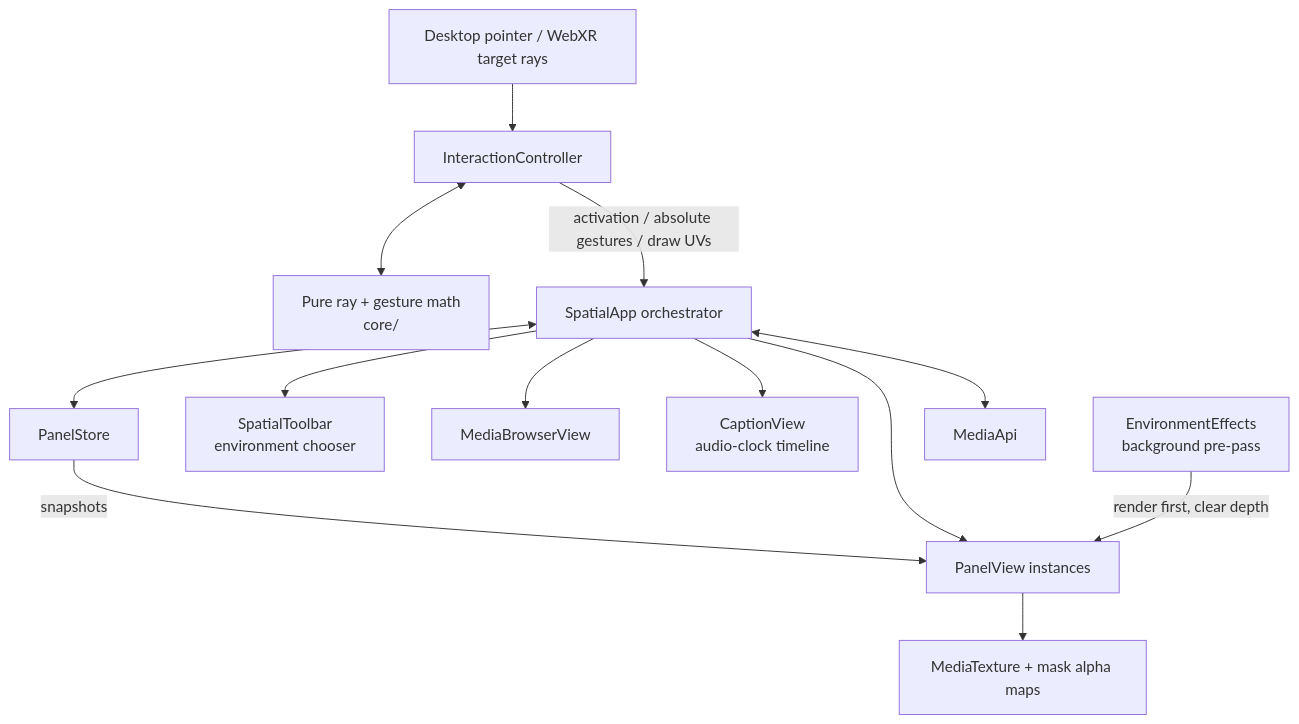
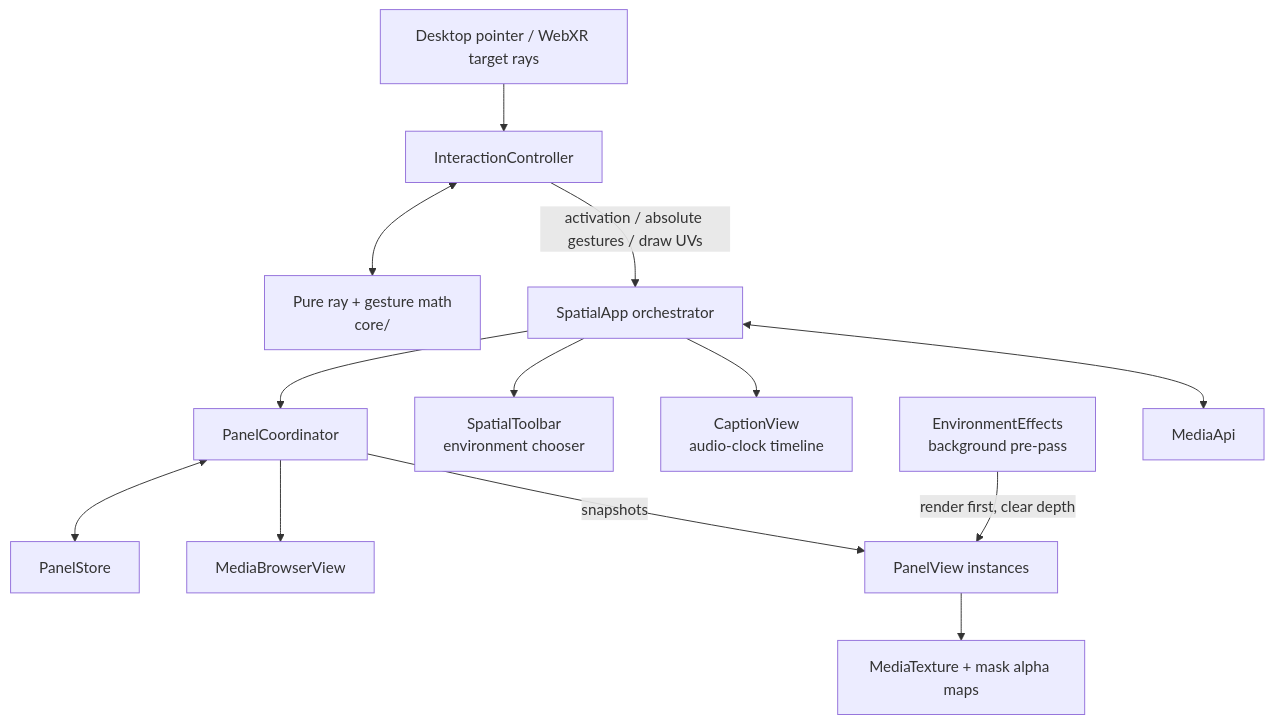
Before and after one commit to febret/souvenir: the second of 2 diagrams in doc/architecture.md, drawn with Mermaid. The commit also changed other lines of this file and 69 other files, not shown here.

````diff
--- a/doc/architecture.md
+++ b/doc/architecture.md
@@ -296,28 +315,29 @@
 ```mermaid
 flowchart TD
   Input[Desktop pointer / WebXR target rays]
   IC[InteractionController]
   Math[Pure ray + gesture math<br/>core/]
   App[SpatialApp orchestrator]
+  PC[PanelCoordinator]
   Store[PanelStore]
   Toolbar[SpatialToolbar<br/>environment chooser]
   Browser[MediaBrowserView]
   Panels[PanelView instances]
   Media[MediaTexture + mask alpha maps]
   Caption[CaptionView<br/>audio-clock timeline]
   FX[EnvironmentEffects<br/>background pre-pass]
   API[MediaApi]
 
   Input --> IC
   IC <--> Math
   IC -->|activation / absolute gestures / draw UVs| App
-  App <--> Store
+  App --> PC
+  PC <--> Store
   App --> Toolbar
-  App --> Browser
-  Store -->|snapshots| Panels
-  App --> Panels
+  PC --> Browser
+  PC -->|snapshots| Panels
   Panels --> Media
   App --> Caption
   App <--> API
   FX -->|render first, clear depth| Panels
 ```
````
